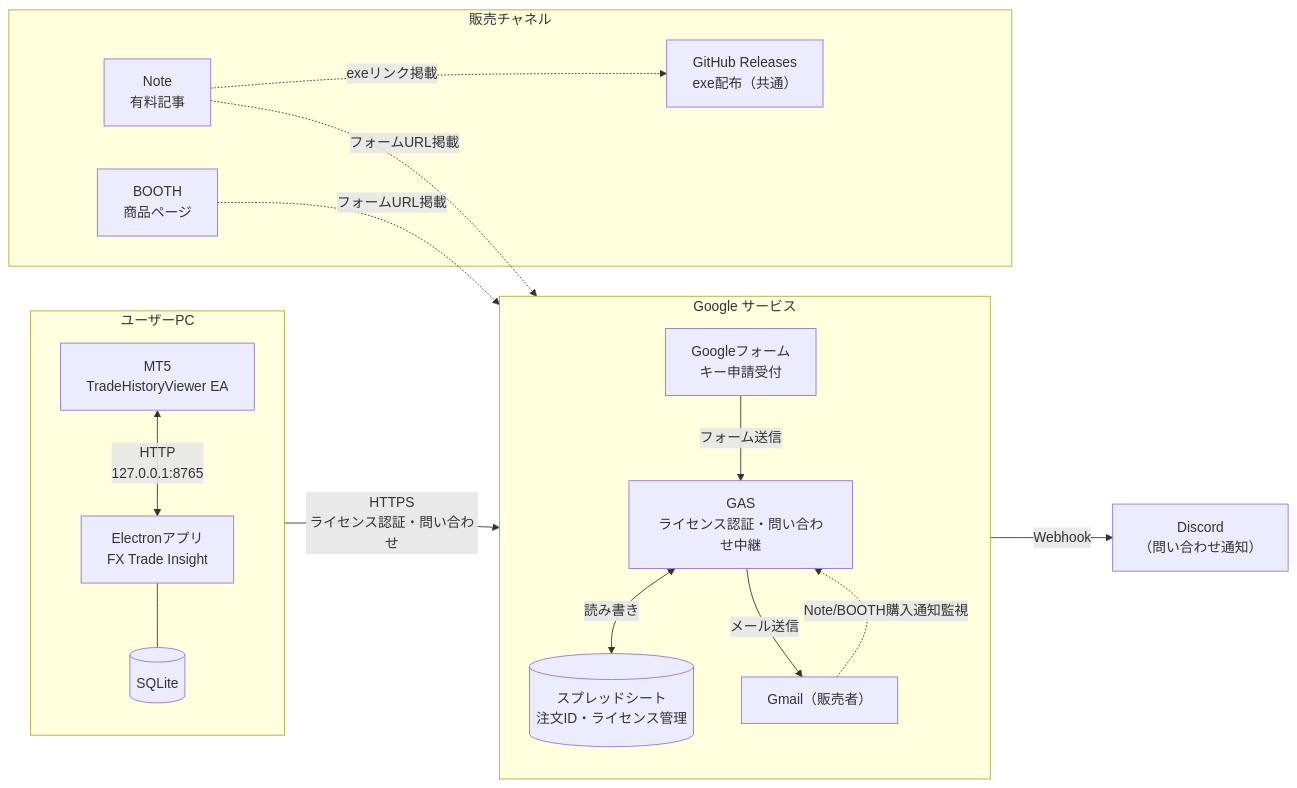
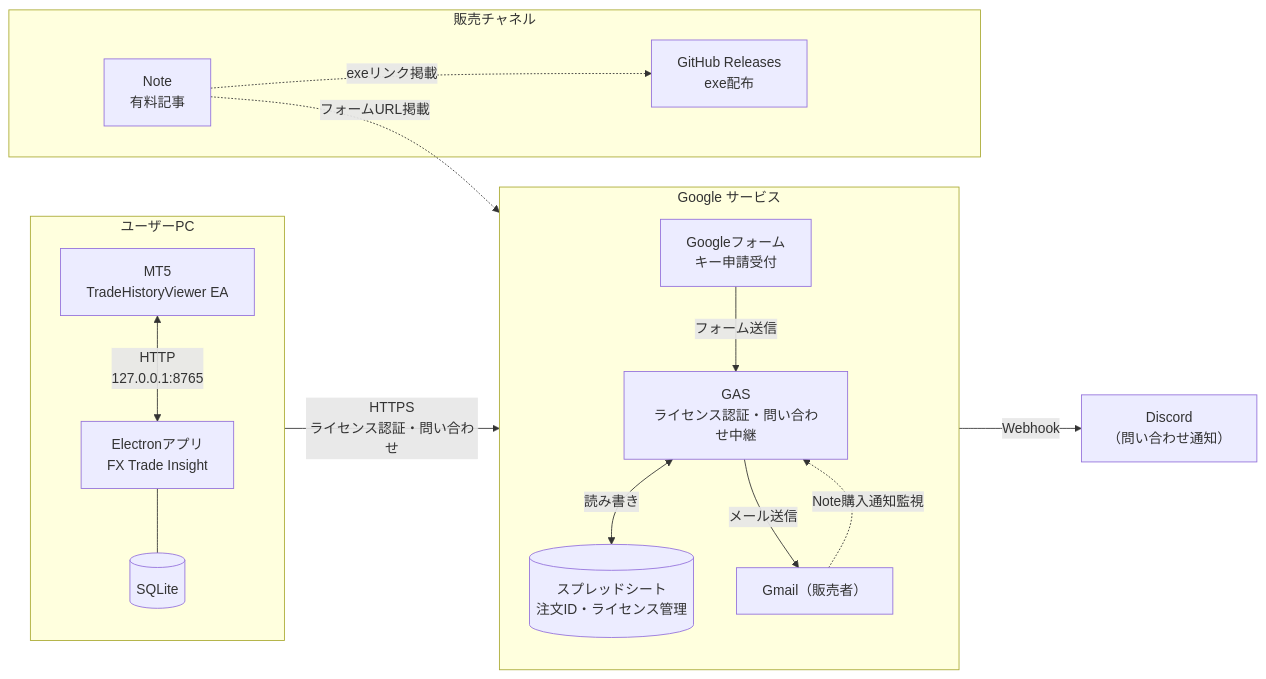
Before and after one commit to fx-trade-insight/fx-trade-insight-portfolio: the diagram in dev/system_architecture.md, drawn with Mermaid. The commit also changed other lines of this file and 2 other files, not shown here.

````diff
--- a/dev/system_architecture.md
+++ b/dev/system_architecture.md
@@ -7,37 +7,35 @@
 ```mermaid
 flowchart LR
     subgraph PC["ユーザーPC"]
         direction TB
         MT5["MT5\nTradeHistoryViewer EA"]
         App["Electronアプリ\nFX Trade Insight"]
         DB[("SQLite")]
         MT5 <-->|"HTTP\n127.0.0.1:8765"| App
         App --- DB
     end
 
     subgraph GoogleSvc["Google サービス"]
         direction TB
         GAS["GAS\nライセンス認証・問い合わせ中継"]
         Sheet[("スプレッドシート\n注文ID・ライセンス管理")]
         Gmail["Gmail（販売者）"]
         Forms["Googleフォーム\nキー申請受付"]
         GAS <-->|"読み書き"| Sheet
         GAS -->|"メール送信"| Gmail
-        Gmail -.->|"Note/BOOTH購入通知監視"| GAS
+        Gmail -.->|"Note購入通知監視"| GAS
         Forms -->|"フォーム送信"| GAS
     end
 
     subgraph Sales["販売チャネル"]
         Note["Note\n有料記事"]
-        BOOTH["BOOTH\n商品ページ"]
-        GHReleases["GitHub Releases\nexe配布（共通）"]
+        GHReleases["GitHub Releases\nexe配布"]
         Note -.->|"フォームURL掲載"| Forms
         Note -.->|"exeリンク掲載"| GHReleases
-        BOOTH -.->|"フォームURL掲載"| Forms
     end
 
     Discord["Discord\n（問い合わせ通知）"]
 
     App -->|"HTTPS\nライセンス認証・問い合わせ"| GAS
     GAS -->|"Webhook"| Discord
 ```
````
